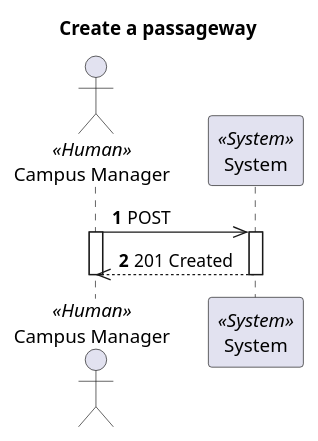
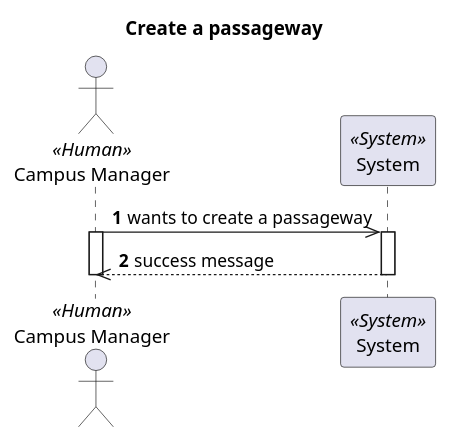
The diagram in docs/VistaProcesso/US240(1170)/ProcessView_Level1_US240_1170.puml (1210910/lapr5), drawn with PlantUML before and after one commit. The commit also changed 14 other files, not shown here.

Commit message:
Fixed diagrams (communication user/system)

```diff
--- a/docs/VistaProcesso/US240(1170)/ProcessView_Level1_US240_1170.puml
+++ b/docs/VistaProcesso/US240(1170)/ProcessView_Level1_US240_1170.puml
@@ -1,22 +1,22 @@
 @startuml Process View - Level 1 - Create a passageway
 'https://plantuml.com/sequence-diagram
 
 autonumber
 skinparam packageStyle rect
 
 title Create a passageway
 
 actor "Campus Manager" as CM <<Human>>
 participant "System" as Sys <<System>>
 
-CM->> Sys : POST
+CM->> Sys : wants to create a passageway
 
 activate CM
 activate Sys
 
-CM<<--Sys : 201 Created
+CM<<--Sys : success message
 
 deactivate Sys
 deactivate CM
 
 @enduml
```
